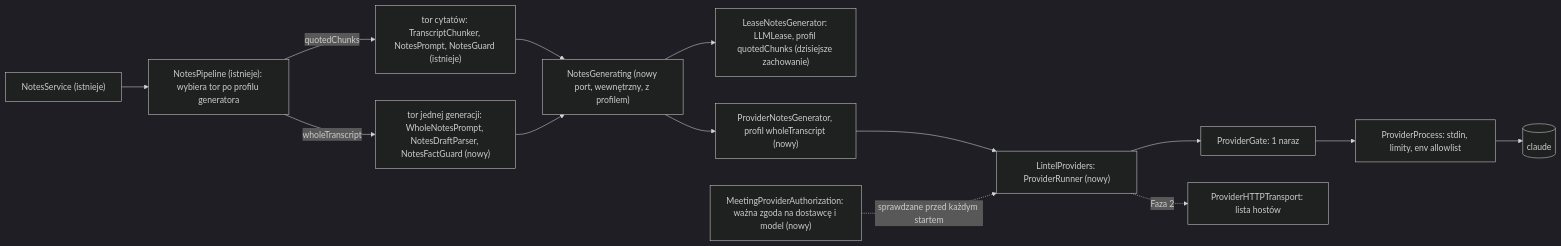
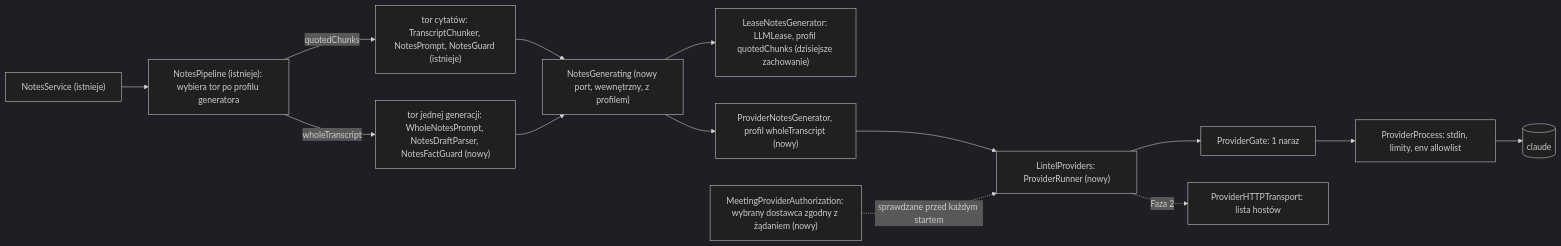
The diagram in .ai/specs/2026-11-10-external-ai-providers.md (mjozefiak/Pounce), drawn with Mermaid (dark theme) before and after one commit. The commit also changed other lines of this file and 2 other files, not shown here.

First line of the commit message:
docs(providers): choosing the provider is the consent (owner decision 2026-11-20), draft

````diff
--- a/.ai/specs/2026-11-10-external-ai-providers.md
+++ b/.ai/specs/2026-11-10-external-ai-providers.md
@@ -100,15 +200,15 @@
 ```mermaid
 flowchart LR
   NS["NotesService (istnieje)"] --> NP["NotesPipeline (istnieje): wybiera tor po profilu generatora"]
   NP -- "quotedChunks" --> Q["tor cytatów: TranscriptChunker, NotesPrompt, NotesGuard (istnieje)"]
   NP -- "wholeTranscript" --> W["tor jednej generacji: WholeNotesPrompt, NotesDraftParser, NotesFactGuard (nowy)"]
   Q --> Port["NotesGenerating (nowy port, wewnętrzny, z profilem)"]
   W --> Port
   Port --> Lease["LeaseNotesGenerator: LLMLease, profil quotedChunks (dzisiejsze zachowanie)"]
   Port --> PG["ProviderNotesGenerator, profil wholeTranscript (nowy)"]
   PG --> Run["LintelProviders: ProviderRunner (nowy)"]
-  Auth["MeetingProviderAuthorization: ważna zgoda na dostawcę i model (nowy)"] -.sprawdzane przed każdym startem.-> Run
+  Auth["MeetingProviderAuthorization: wybrany dostawca zgodny z żądaniem (nowy)"] -.sprawdzane przed każdym startem.-> Run
   Run --> Gate["ProviderGate: 1 naraz"] --> Proc["ProviderProcess: stdin, limity, env allowlist"]
   Proc --> CLI[(claude)]
   Run -. Faza 2 .-> HTTP["ProviderHTTPTransport: lista hostów"]
 ```
````
